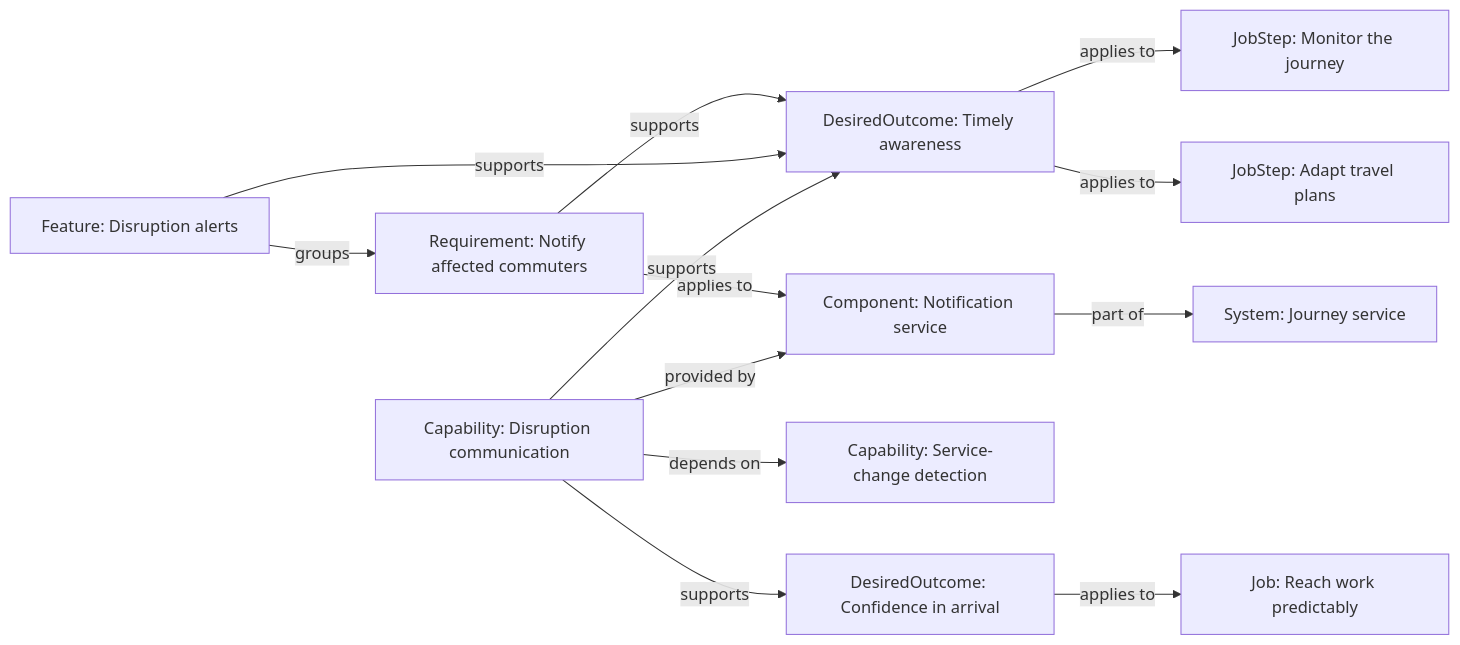
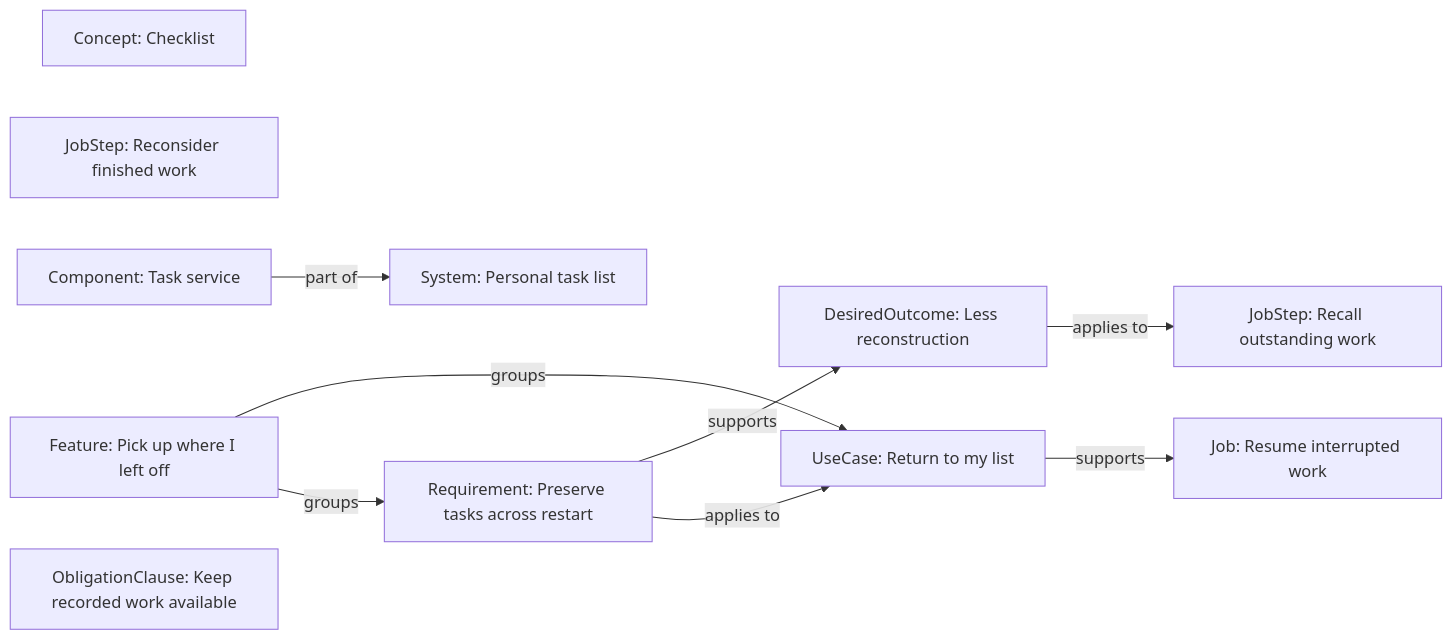
Before and after one commit to craigsmitham/dotspec: the diagram in docs/reference/needs-map-example.md, drawn with Mermaid. The commit also changed other lines of this file and 87 other files, not shown here.

````diff
--- a/docs/reference/needs-map-example.md
+++ b/docs/reference/needs-map-example.md
@@ -11,26 +11,21 @@
 ```mermaid
 flowchart LR
-  n1["Job: Reach work predictably"]
-  n2["JobStep: Monitor the journey"]
-  n3["JobStep: Adapt travel plans"]
-  n4["DesiredOutcome: Timely awareness"]
-  n5["DesiredOutcome: Confidence in arrival"]
-  n7["Requirement: Notify affected commuters"]
-  n8["System: Journey service"]
-  n9["Capability: Service-change detection"]
-  n10["Component: Notification service"]
-  n11["Feature: Disruption alerts"]
-  n12["Capability: Disruption communication"]
-  n4 -->|applies to| n2
-  n4 -->|applies to| n3
-  n5 -->|applies to| n1
-  n7 -->|supports| n4
-  n7 -->|applies to| n10
-  n10 -->|part of| n8
-  n11 -->|supports| n4
-  n11 -->|groups| n7
-  n12 -->|supports| n4
-  n12 -->|supports| n5
-  n12 -->|depends on| n9
-  n12 -->|provided by| n10
+  n1["Concept: Checklist"]
+  n2["Job: Resume interrupted work"]
+  n3["JobStep: Recall outstanding work"]
+  n4["JobStep: Reconsider finished work"]
+  n5["DesiredOutcome: Less reconstruction"]
+  n6["Requirement: Preserve tasks across restart"]
+  n7["System: Personal task list"]
+  n8["Component: Task service"]
+  n9["Feature: Pick up where I left off"]
+  n10["UseCase: Return to my list"]
+  n11["ObligationClause: Keep recorded work available"]
+  n5 -->|applies to| n3
+  n6 -->|supports| n5
+  n6 -->|applies to| n10
+  n8 -->|part of| n7
+  n9 -->|groups| n10
+  n9 -->|groups| n6
+  n10 -->|supports| n2
 ```
````
